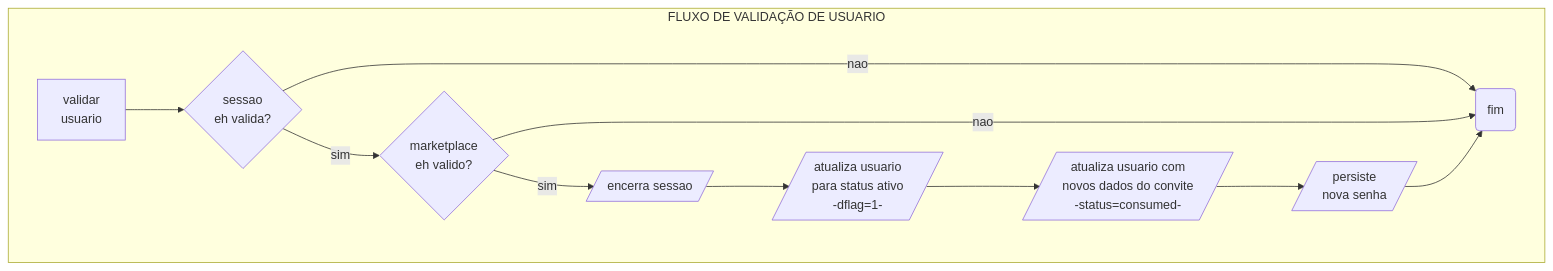
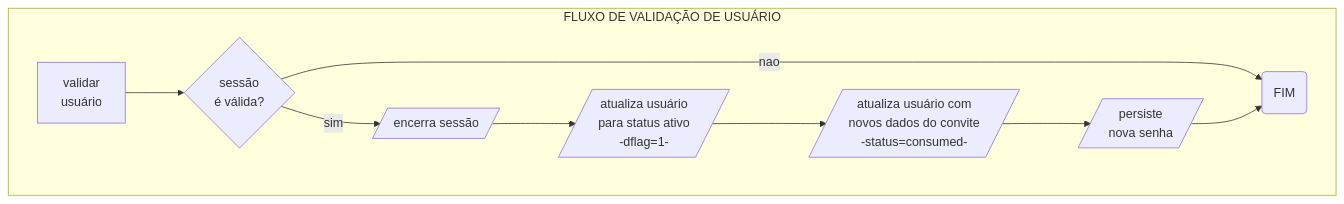
One commit to NoulB/createUserDoc changed the second of 2 diagrams in README.md. Above: the diagram before and after it, drawn with Mermaid. The commit also changed other lines of this file, not shown here.

````diff
--- a/README.md
+++ b/README.md
@@ -104,26 +95,24 @@
 ``` mermaid
   graph TD  
   
     %% PRE-LAUNCH SETUP" FLOW CHART SHAPES  
-    RECEIVED_EMAIL["validar<br>usuario"]  
-    VALID_SESSION?{sessao<br>eh valida?}  
-    VALID_MARKETPLACE?{marketplace<br>eh valido?}  
-    END_SESSION[/encerra sessao/]  
-    UPDATE_USER_DFLAG_1[/atualiza usuario<br>para status ativo<br> -dflag=1-/]  
-    INVITE_CONSUMED[/atualiza usuario com<br> novos dados do convite<br>-status=consumed-/]  
+    RECEIVED_EMAIL["validar<br>usuário"]  
+    VALID_SESSION?{sessão<br>é válida?}  
+
+    END_SESSION[/encerra sessão/]  
+    UPDATE_USER_DFLAG_1[/atualiza usuário<br>para status ativo<br> -dflag=1-/]  
+    INVITE_CONSUMED[/atualiza usuário com<br> novos dados do convite<br>-status=consumed-/]  
     PASSWORD_PERSIST[/persiste <br>nova senha/]  
-    FINISH(fim)  
+    FINISH(FIM)  
     
     %% CREATE FLOW CHART  
-    subgraph FLUXO DE VALIDAÇÃO DE USUARIO  
+    subgraph FLUXO DE VALIDAÇÃO DE USUÁRIO  
     RECEIVED_EMAIL --> VALID_SESSION?  
-    VALID_SESSION? --> |sim| VALID_MARKETPLACE?  
+    VALID_SESSION? --> |sim| END_SESSION  
     VALID_SESSION? --> |nao| FINISH  
-    VALID_MARKETPLACE? --> |sim| END_SESSION  
-    VALID_MARKETPLACE? --> |nao| FINISH  
     END_SESSION --> UPDATE_USER_DFLAG_1  
     UPDATE_USER_DFLAG_1 --> INVITE_CONSUMED  
     INVITE_CONSUMED --> PASSWORD_PERSIST  
     PASSWORD_PERSIST --> FINISH  
     end  
 ```
````
